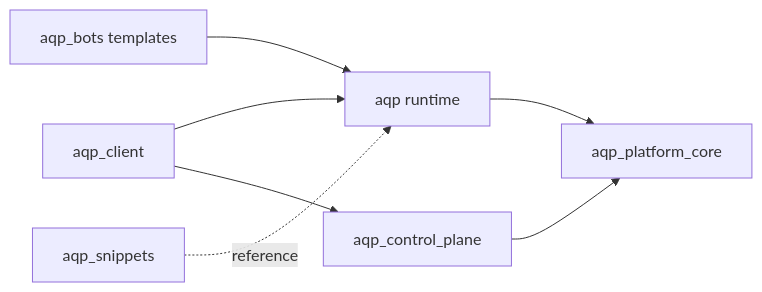
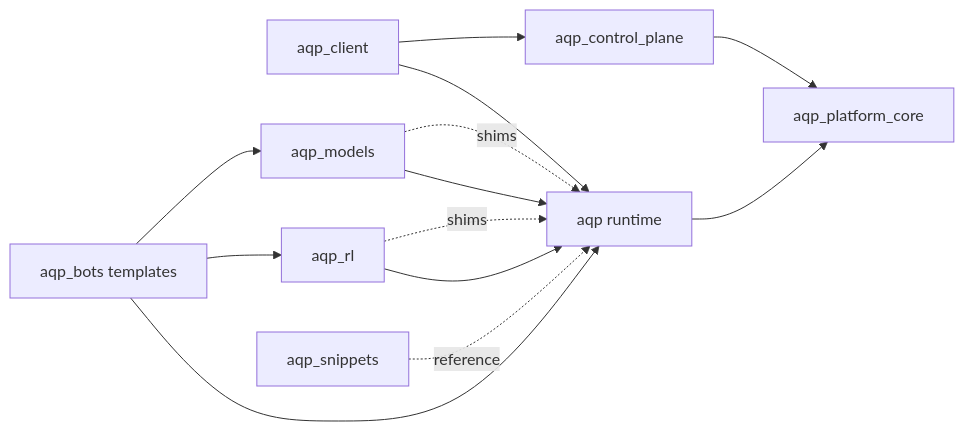
One commit to julianwileymac/agentic_quant_platform changed the diagram in aqp_docs/repository-split.md. Above: the diagram before and after it, drawn with Mermaid. The commit also changed other lines of this file and 942 other files, not shown here.

````diff
--- a/aqp_docs/repository-split.md
+++ b/aqp_docs/repository-split.md
@@ -37,9 +39,15 @@
 ```mermaid
 flowchart LR
   aqpRuntime["aqp runtime"] --> aqpPlatformCore["aqp_platform_core"]
   aqpControlPlane["aqp_control_plane"] --> aqpPlatformCore
   aqpClient["aqp_client"] --> aqpRuntime
   aqpClient --> aqpControlPlane
   aqpBots["aqp_bots templates"] --> aqpRuntime
+  aqpRl["aqp_rl"] --> aqpRuntime
+  aqpModels["aqp_models"] --> aqpRuntime
+  aqpBots --> aqpRl
+  aqpBots --> aqpModels
+  aqpRl -.shims.-> aqpRuntime
+  aqpModels -.shims.-> aqpRuntime
   aqpSnippets["aqp_snippets"] -.reference.-> aqpRuntime
 ```
````
